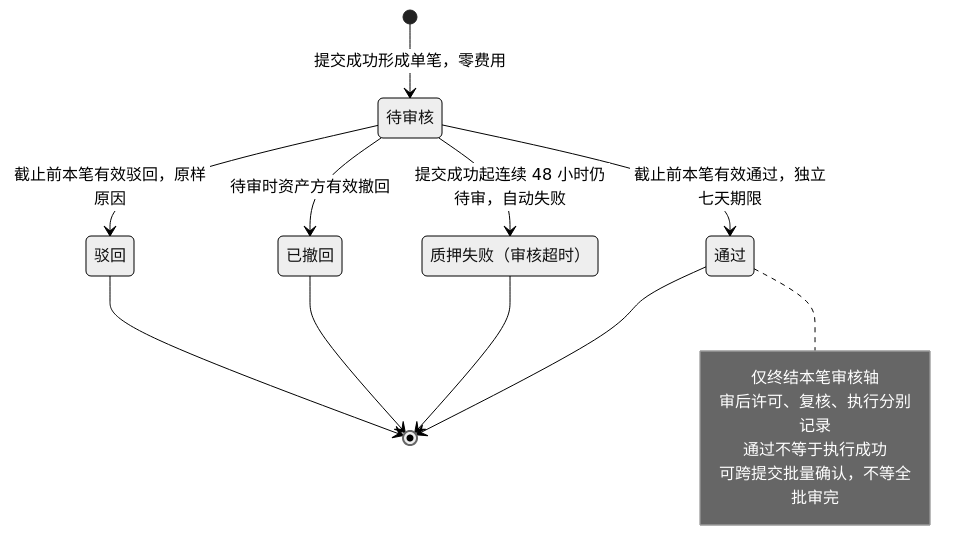
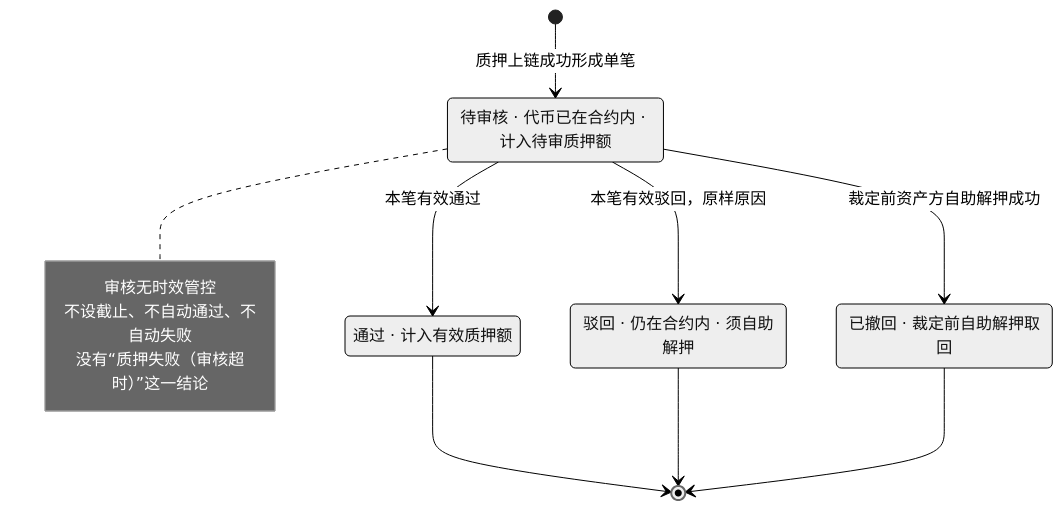
The tenth of 10 diagrams in lending-platform/PRD/v1.0-借贷广场-融资需求与代币质押/02-融资需求与代币质押-流程图与状态机.md (wxblockchain/Chain-Financing), drawn with Mermaid (neutral theme) before and after one commit. The commit also changed other lines of this file and 5 other files, not shown here.

````diff
--- a/lending-platform/PRD/v1.0-借贷广场-融资需求与代币质押/02-融资需求与代币质押-流程图与状态机.md
+++ b/lending-platform/PRD/v1.0-借贷广场-融资需求与代币质押/02-融资需求与代币质押-流程图与状态机.md
@@ -298,23 +317,19 @@
 ```mermaid
 stateDiagram-v2
-  SUBMIT: 待审核
-  APPROVED: 通过
-  REJECTED: 驳回
-  CANCELED: 已撤回
-  TIMEOUT: 质押失败（审核超时）
-  [*] --> SUBMIT: 提交成功形成单笔，零费用
-  SUBMIT --> REJECTED: 截止前本笔有效驳回，原样原因
-  SUBMIT --> CANCELED: 待审时资产方有效撤回
-  SUBMIT --> TIMEOUT: 提交成功起连续 48 小时仍待审，自动失败
-  SUBMIT --> APPROVED: 截止前本笔有效通过，独立七天期限
+  SUBMIT: 待审核 · 代币已在合约内 · 计入待审质押额
+  APPROVED: 通过 · 计入有效质押额
+  REJECTED: 驳回 · 仍在合约内 · 须自助解押
+  CANCELED: 已撤回 · 裁定前自助解押取回
+  [*] --> SUBMIT: 质押上链成功形成单笔
+  SUBMIT --> REJECTED: 本笔有效驳回，原样原因
+  SUBMIT --> CANCELED: 裁定前资产方自助解押成功
+  SUBMIT --> APPROVED: 本笔有效通过
   APPROVED --> [*]
   REJECTED --> [*]
   CANCELED --> [*]
-  TIMEOUT --> [*]
-  note right of APPROVED
-    仅终结本笔审核轴
-    审后许可、复核、执行分别记录
-    通过不等于执行成功
-    可跨提交批量确认，不等全批审完
+  note right of SUBMIT
+    审核无时效管控
+    不设截止、不自动通过、不自动失败
+    没有“质押失败（审核超时）”这一结论
   end note
 ```
````
